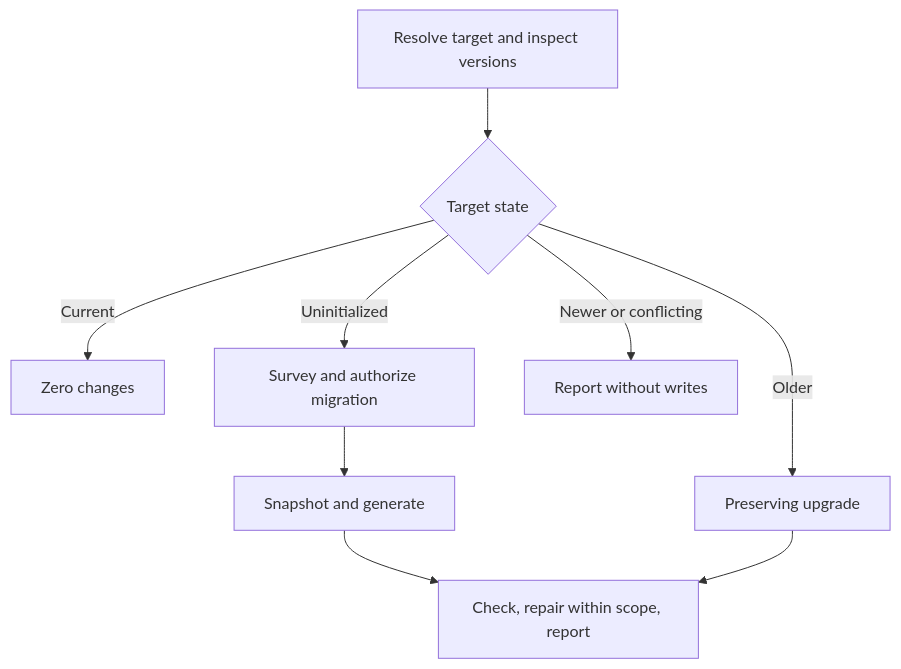
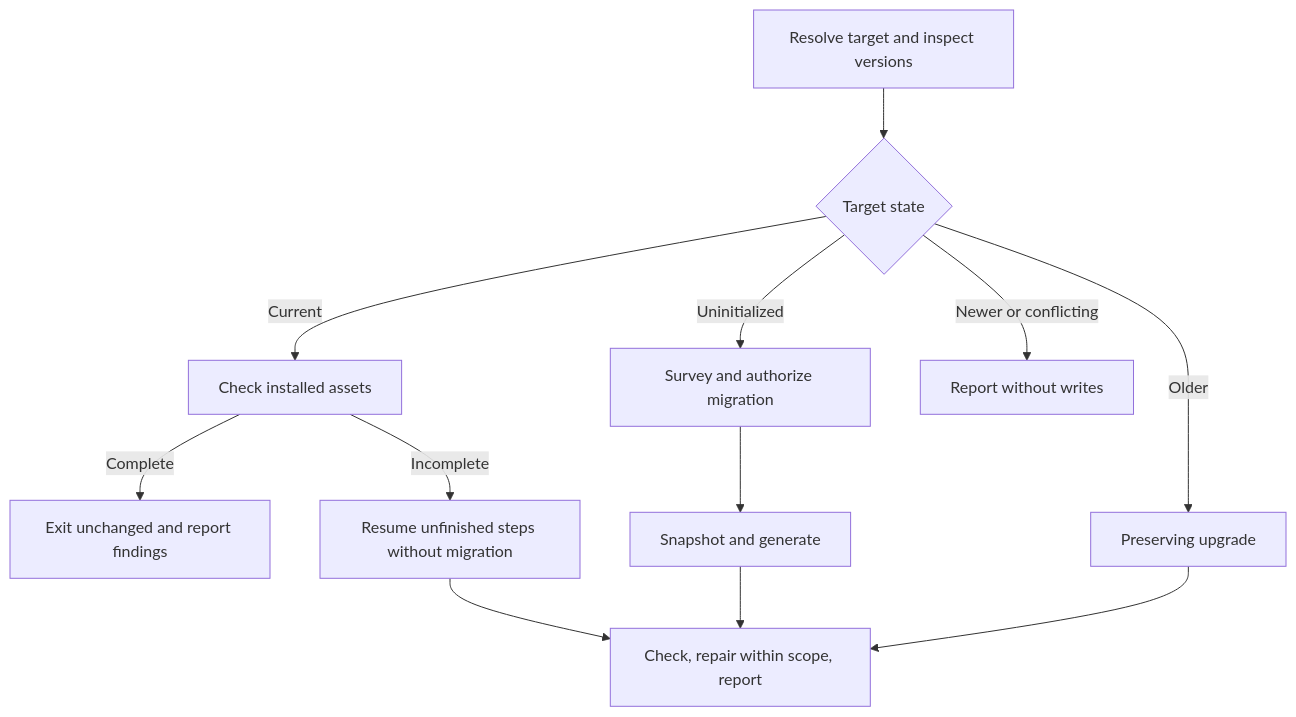
The diagram in SKILL.md (4everSivan/ad-flow), drawn with Mermaid before and after one commit. The commit also changed other lines of this file and 46 other files, not shown here.

````diff
--- a/SKILL.md
+++ b/SKILL.md
@@ -57,11 +61,14 @@
 ```mermaid
 flowchart TD
     A[Resolve target and inspect versions] --> B{Target state}
-    B -->|Current| C[Zero changes]
+    B -->|Current| C[Check installed assets]
+    C -->|Complete| I[Exit unchanged and report findings]
+    C -->|Incomplete| J[Resume unfinished steps without migration]
+    J --> G
     B -->|Older| D[Preserving upgrade]
     B -->|Uninitialized| E[Survey and authorize migration]
     E --> F[Snapshot and generate]
     F --> G[Check, repair within scope, report]
     D --> G
     B -->|Newer or conflicting| H[Report without writes]
 ```
````
